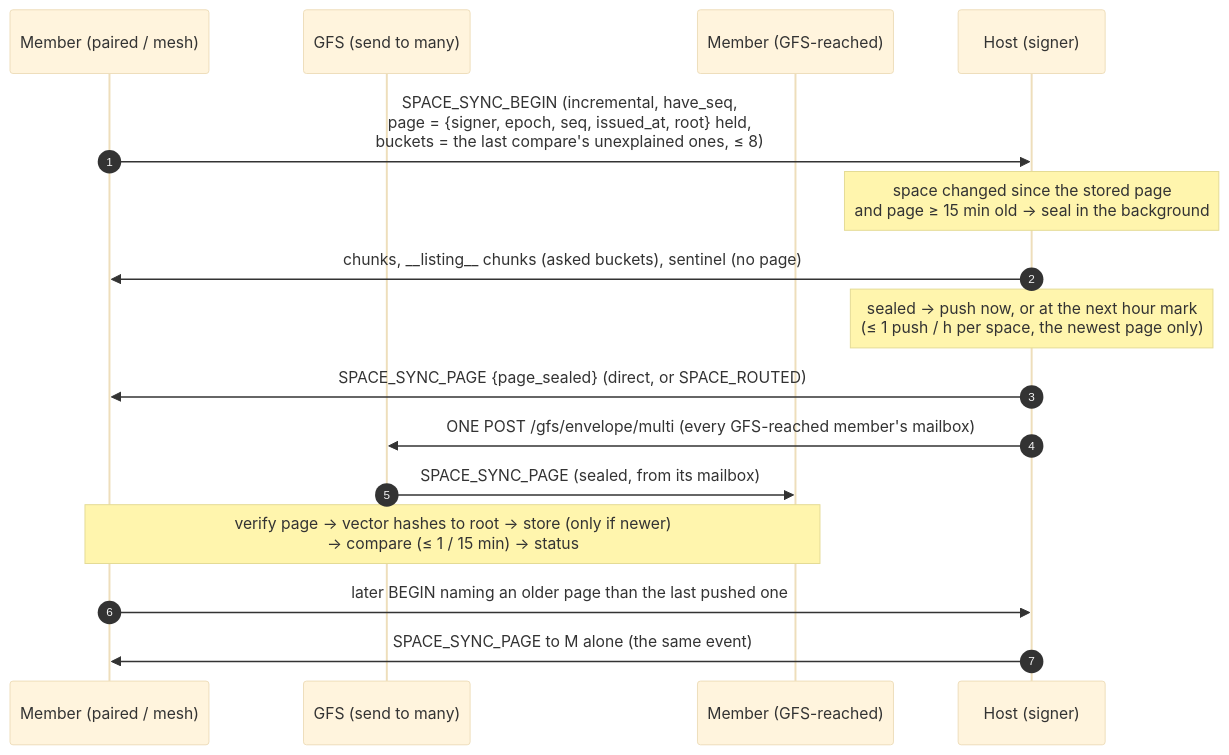
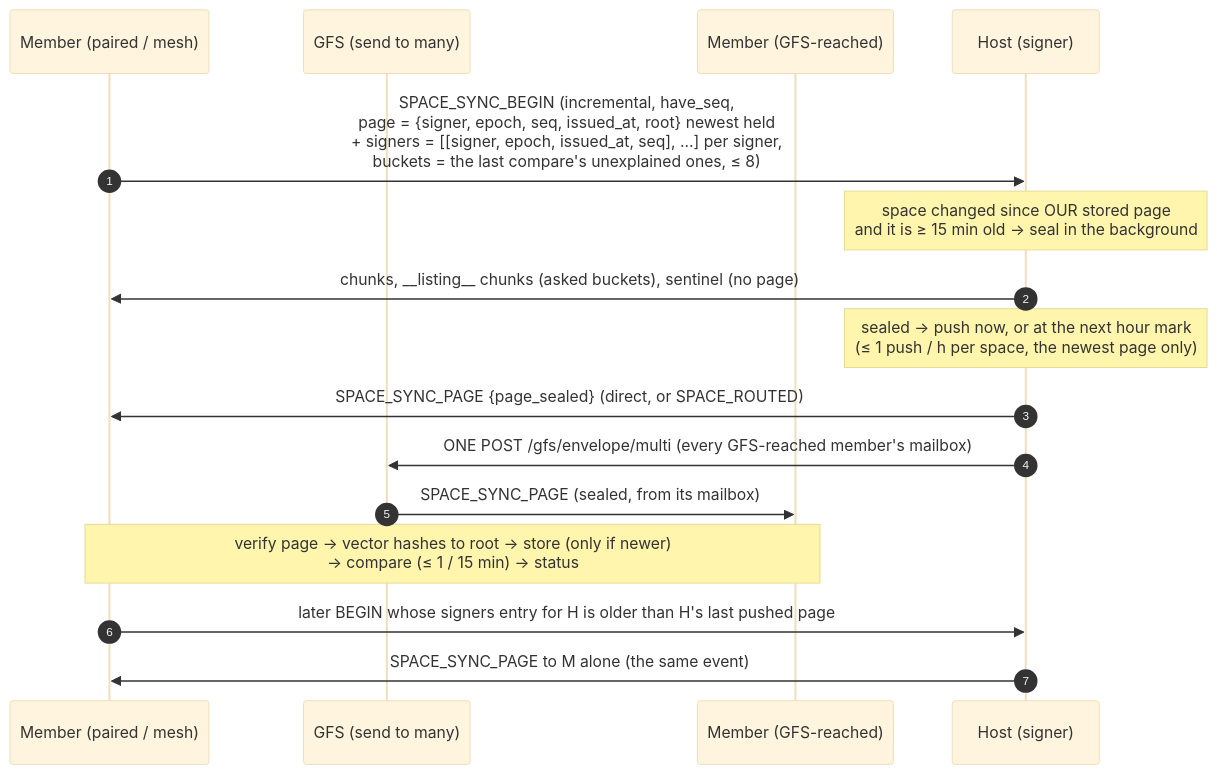
One commit to social-home-io/socialhome changed the first of 3 diagrams in docs/protocol/sync-pages.md. Above: the diagram before and after it, drawn with Mermaid (base theme). The commit also changed other lines of this file and 14 other files, not shown here.

First line of the commit message:
Sync pages: the newest page per signer, stored, and every signer judges the others

````diff
--- a/docs/protocol/sync-pages.md
+++ b/docs/protocol/sync-pages.md
@@ -330,18 +330,18 @@
 ```mermaid
 sequenceDiagram
     autonumber
     participant M as Member (paired / mesh)
     participant G as GFS (send to many)
     participant R as Member (GFS-reached)
     participant H as Host (signer)
-    M->>H: SPACE_SYNC_BEGIN (incremental, have_seq,<br/>page = {signer, epoch, seq, issued_at, root} held,<br/>buckets = the last compare's unexplained ones, ≤ 8)
-    Note over H: space changed since the stored page<br/>and page ≥ 15 min old → seal in the background
+    M->>H: SPACE_SYNC_BEGIN (incremental, have_seq,<br/>page = {signer, epoch, seq, issued_at, root} newest held<br/>+ signers = [[signer, epoch, issued_at, seq], …] per signer,<br/>buckets = the last compare's unexplained ones, ≤ 8)
+    Note over H: space changed since OUR stored page<br/>and it is ≥ 15 min old → seal in the background
     H->>M: chunks, __listing__ chunks (asked buckets), sentinel (no page)
     Note over H: sealed → push now, or at the next hour mark<br/>(≤ 1 push / h per space, the newest page only)
     H->>M: SPACE_SYNC_PAGE {page_sealed} (direct, or SPACE_ROUTED)
     H->>G: ONE POST /gfs/envelope/multi (every GFS-reached member's mailbox)
     G->>R: SPACE_SYNC_PAGE (sealed, from its mailbox)
     Note over M,R: verify page → vector hashes to root → store (only if newer)<br/>→ compare (≤ 1 / 15 min) → status
-    M->>H: later BEGIN naming an older page than the last pushed one
+    M->>H: later BEGIN whose signers entry for H is older than H's last pushed page
     H->>M: SPACE_SYNC_PAGE to M alone (the same event)
 ```
````
